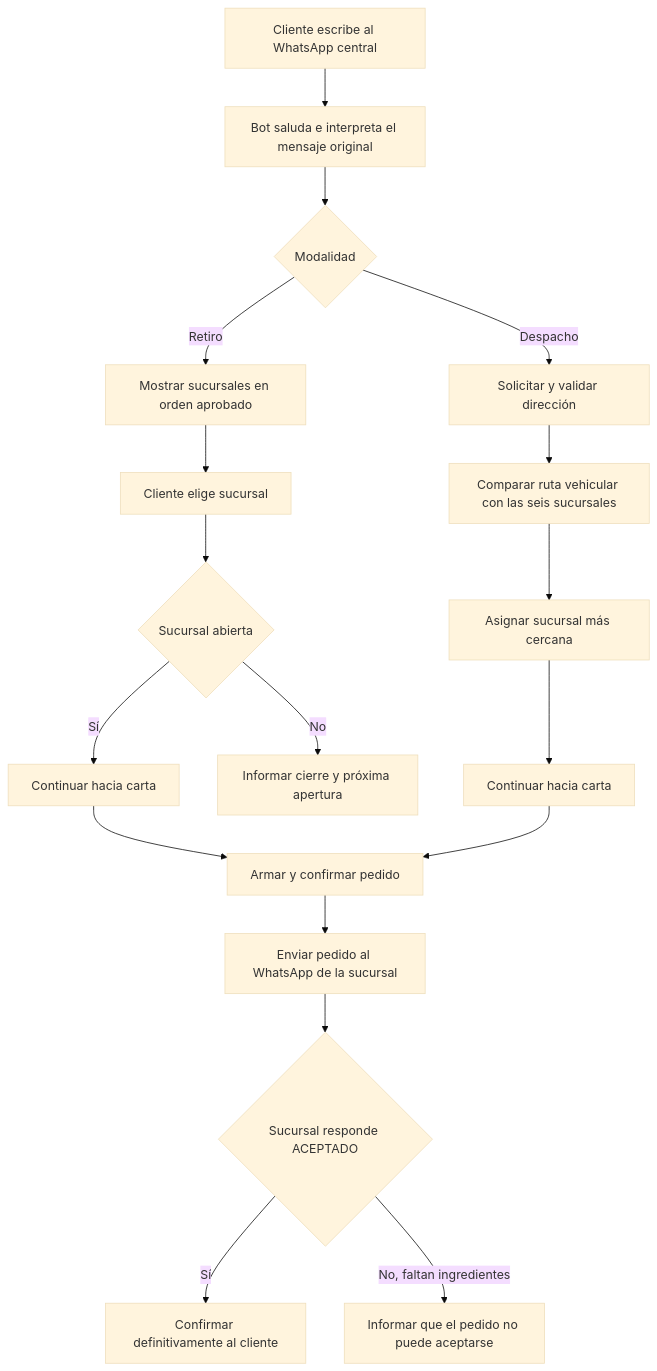
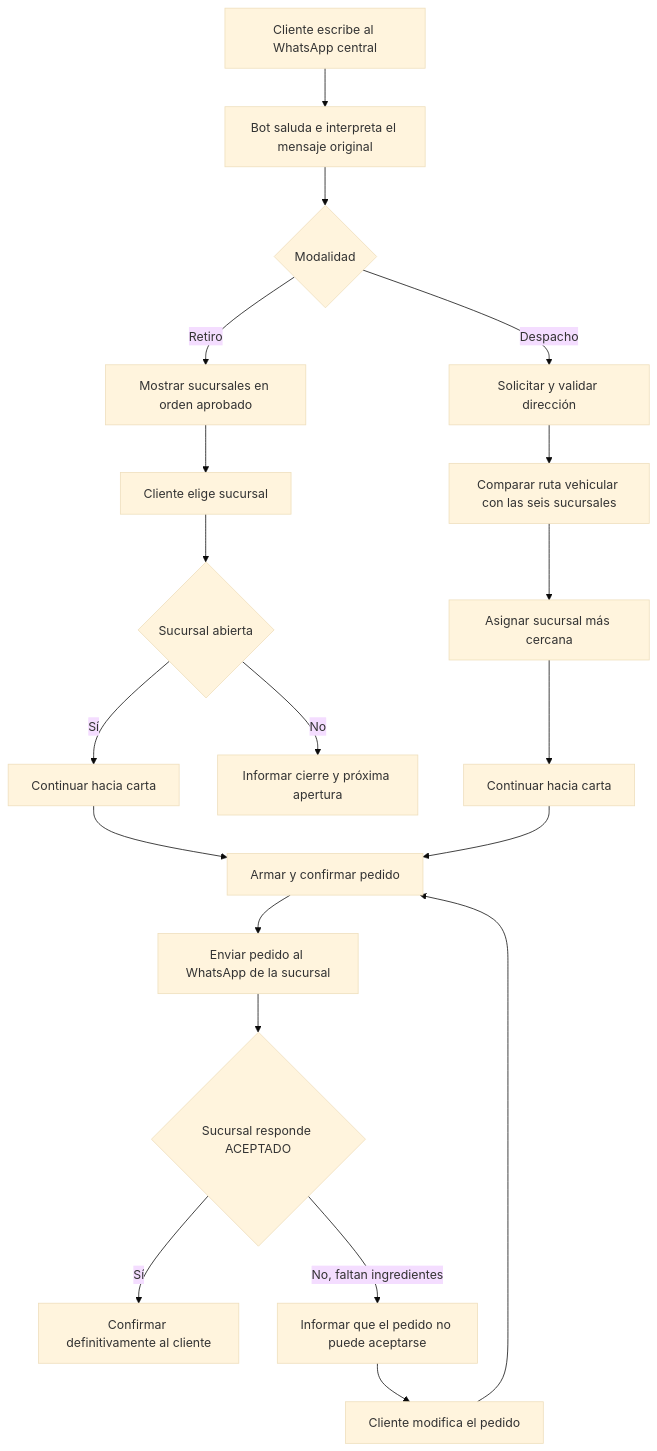
One commit to 304bxnjvv/jirensushi-whatsapp-bot changed the diagram in docs/user-stories/HU-03-contexto-transversal-del-proyecto.md. Above: the diagram before and after it, drawn with Mermaid (base theme). The commit also changed other lines of this file, not shown here.

````diff
--- a/docs/user-stories/HU-03-contexto-transversal-del-proyecto.md
+++ b/docs/user-stories/HU-03-contexto-transversal-del-proyecto.md
@@ -44,20 +44,22 @@
 ```mermaid
 flowchart TD
     A[Cliente escribe al WhatsApp central] --> B[Bot saluda e interpreta el mensaje original]
     B --> C{Modalidad}
     C -->|Retiro| D[Mostrar sucursales en orden aprobado]
     C -->|Despacho| E[Solicitar y validar dirección]
     D --> F[Cliente elige sucursal]
     F --> G{Sucursal abierta}
     G -->|Sí| H[Continuar hacia carta]
     G -->|No| I[Informar cierre y próxima apertura]
     E --> J[Comparar ruta vehicular con las seis sucursales]
     J --> K[Asignar sucursal más cercana]
     K --> L[Continuar hacia carta]
     H --> M[Armar y confirmar pedido]
     L --> M
     M --> N[Enviar pedido al WhatsApp de la sucursal]
     N --> O{Sucursal responde ACEPTADO}
     O -->|Sí| P[Confirmar definitivamente al cliente]
     O -->|No, faltan ingredientes| Q[Informar que el pedido no puede aceptarse]
+    Q --> R[Cliente modifica el pedido]
+    R --> M
 ```
````
